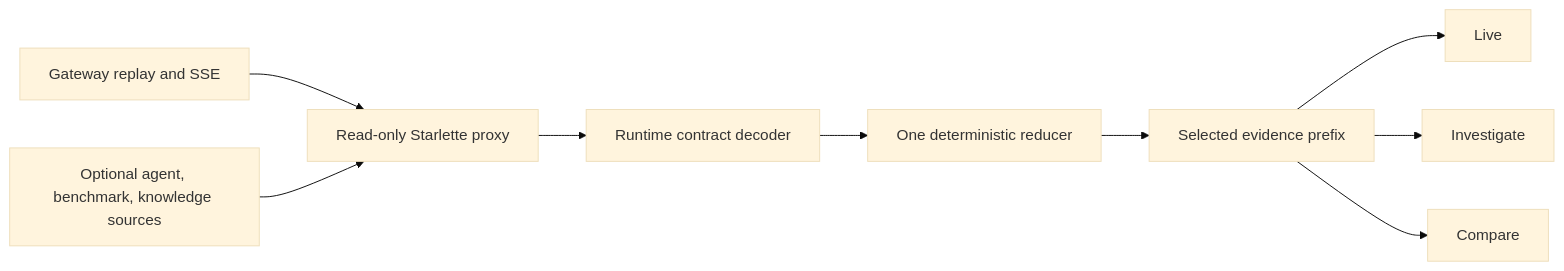
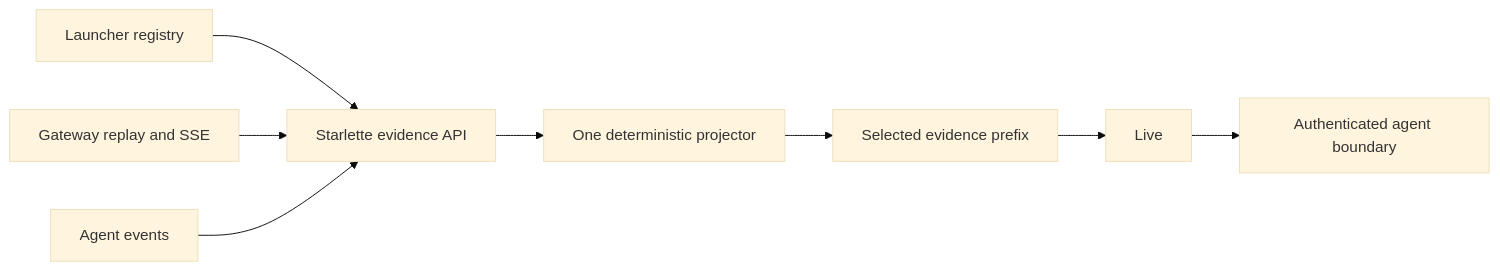
Before and after one commit to IbnouT/claude-code-camp-2026-Q2: the first of 2 diagrams in week2_capable/observatory/README.md, drawn with Mermaid (base theme). The commit also changed other lines of this file and 32 other files, not shown here.

````diff
--- a/week2_capable/observatory/README.md
+++ b/week2_capable/observatory/README.md
@@ -7,11 +8,10 @@
 ```mermaid
 flowchart LR
-    G["Gateway replay and SSE"] --> A["Read-only Starlette proxy"]
-    E["Optional agent, benchmark, knowledge sources"] --> A
-    A --> R["Runtime contract decoder"]
-    R --> D["One deterministic reducer"]
+    R["Launcher registry"] --> A["Starlette evidence API"]
+    G["Gateway replay and SSE"] --> A
+    E["Agent events"] --> A
+    A --> D["One deterministic projector"]
     D --> W["Selected evidence prefix"]
     W --> L["Live"]
-    W --> I["Investigate"]
-    W --> C["Compare"]
+    L --> C["Authenticated agent boundary"]
 ```
````
